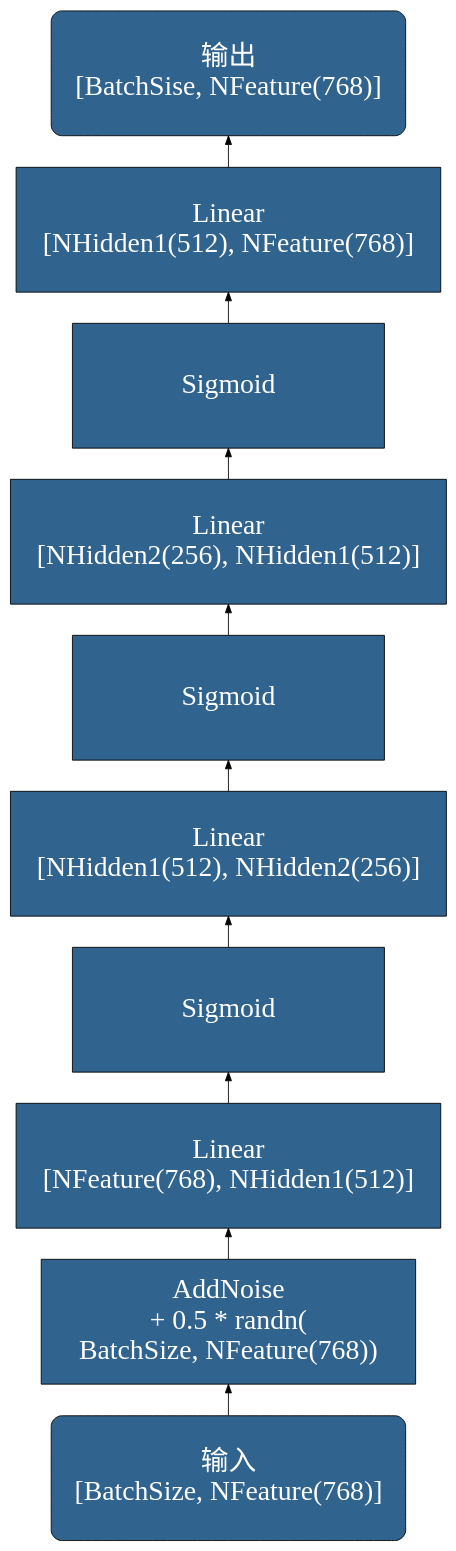
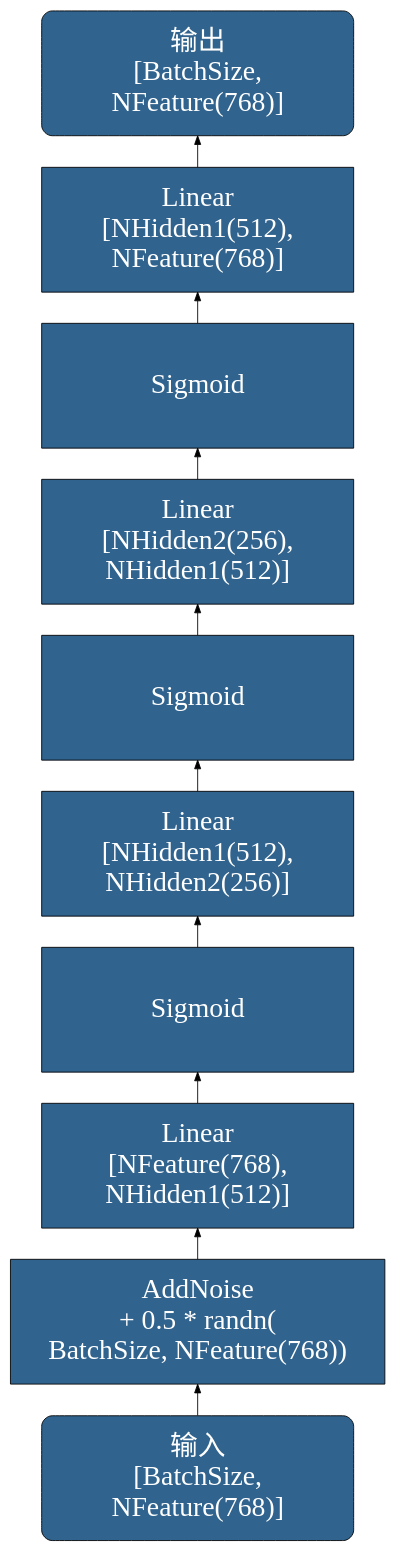
The diagram in docs/basic_dl_arch/4_2_dae.dot (OpenDocCN/python-code-anls), drawn with Graphviz before and after one commit. The commit also changed 1 other file, not shown here.

```diff
--- a/docs/basic_dl_arch/4_2_dae.dot
+++ b/docs/basic_dl_arch/4_2_dae.dot
@@ -1,28 +1,28 @@
 digraph DenoiseAutoEncoder {
 	rankdir=BT
     node [
 		style=filled, 
 		color=Black
 		fontcolor=White, 
 		fillcolor="#30638e", 
 		fontname="SimHei",
 		fontsize=32,
 		width=5, height=2,
 		shape="box",
 	]
 	
 	
-	inp       [label="输入\n[BatchSize, NFeature(768)]", shape="Mrecord"]
+	inp       [label="输入\n[BatchSize,\n NFeature(768)]", shape="Mrecord"]
 	noise     [label="AddNoise\n+ 0.5 * randn(\nBatchSize, NFeature(768))", width=6]
-	ll1       [label="Linear\n[NFeature(768), NHidden1(512)]"]
+	ll1       [label="Linear\n[NFeature(768),\n NHidden1(512)]"]
     σ1        [label="Sigmoid"]
-    ll2       [label="Linear\n[NHidden1(512), NHidden2(256)]"]
+    ll2       [label="Linear\n[NHidden1(512),\n NHidden2(256)]"]
     σ2        [label="Sigmoid"]
-    ll3       [label="Linear\n[NHidden2(256), NHidden1(512)]"]
+    ll3       [label="Linear\n[NHidden2(256),\n NHidden1(512)]"]
     σ3        [label="Sigmoid"]
-    ll4       [label="Linear\n[NHidden1(512), NFeature(768)]"]
-	oup       [label="输出\n[BatchSise, NFeature(768)]", shape="Mrecord"]
+    ll4       [label="Linear\n[NHidden1(512),\n NFeature(768)]"]
+	oup       [label="输出\n[BatchSize,\n NFeature(768)]", shape="Mrecord"]
 	
 	inp -> noise ->  ll1 -> σ1 -> ll2 -> σ2
         -> ll3 -> σ3 -> ll4 -> oup
 }
```
